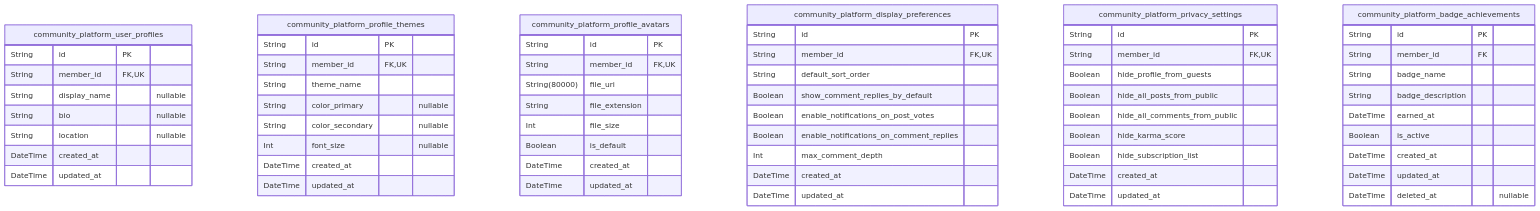
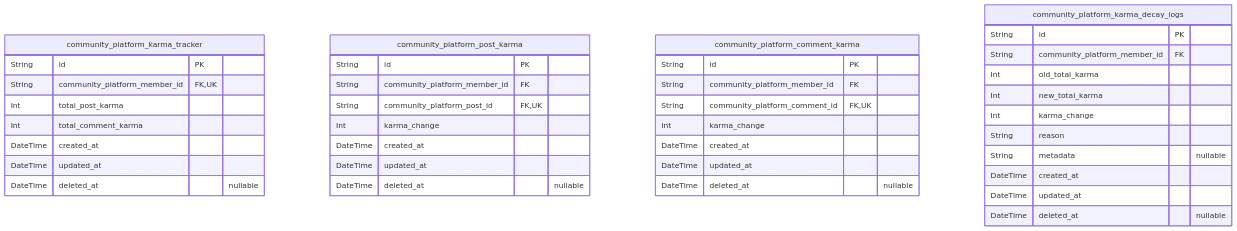
One commit to wrtnlabs/autobe-examples changed the eighth of 10 diagrams in qwen/qwen3-next-80b-a3b-instruct/reddit/docs/ERD.md. Above: the diagram before and after it, drawn with Mermaid. The commit also changed other lines of this file and 22498 other files, not shown here.

````diff
--- a/qwen/qwen3-next-80b-a3b-instruct/reddit/docs/ERD.md
+++ b/qwen/qwen3-next-80b-a3b-instruct/reddit/docs/ERD.md
@@ -1830,65 +2756,42 @@
 ```mermaid
 erDiagram
-"community_platform_user_profiles" {
+"community_platform_karma_tracker" {
   String id PK
-  String member_id FK,UK
-  String display_name "nullable"
-  String bio "nullable"
-  String location "nullable"
+  String community_platform_member_id FK,UK
+  Int total_post_karma
+  Int total_comment_karma
   DateTime created_at
   DateTime updated_at
+  DateTime deleted_at "nullable"
 }
-"community_platform_profile_themes" {
+"community_platform_post_karma" {
   String id PK
-  String member_id FK,UK
-  String theme_name
-  String color_primary "nullable"
-  String color_secondary "nullable"
-  Int font_size "nullable"
+  String community_platform_member_id FK
+  String community_platform_post_id FK,UK
+  Int karma_change
   DateTime created_at
   DateTime updated_at
+  DateTime deleted_at "nullable"
 }
-"community_platform_profile_avatars" {
+"community_platform_comment_karma" {
   String id PK
-  String member_id FK,UK
-  String(80000) file_uri
-  String file_extension
-  Int file_size
-  Boolean is_default
+  String community_platform_member_id FK
+  String community_platform_comment_id FK,UK
+  Int karma_change
   DateTime created_at
   DateTime updated_at
+  DateTime deleted_at "nullable"
 }
-"community_platform_display_preferences" {
+"community_platform_karma_decay_logs" {
   String id PK
-  String member_id FK,UK
-  String default_sort_order
-  Boolean show_comment_replies_by_default
-  Boolean enable_notifications_on_post_votes
-  Boolean enable_notifications_on_comment_replies
-  Int max_comment_depth
-  DateTime created_at
-  DateTime updated_at
-}
-"community_platform_privacy_settings" {
-  String id PK
-  String member_id FK,UK
-  Boolean hide_profile_from_guests
-  Boolean hide_all_posts_from_public
-  Boolean hide_all_comments_from_public
-  Boolean hide_karma_score
-  Boolean hide_subscription_list
-  DateTime created_at
-  DateTime updated_at
-}
-"community_platform_badge_achievements" {
-  String id PK
-  String member_id FK
-  String badge_name
-  String badge_description
-  DateTime earned_at
-  Boolean is_active
+  String community_platform_member_id FK
+  Int old_total_karma
+  Int new_total_karma
+  Int karma_change
+  String reason
+  String metadata "nullable"
   DateTime created_at
   DateTime updated_at
   DateTime deleted_at "nullable"
 }
 ```
````
